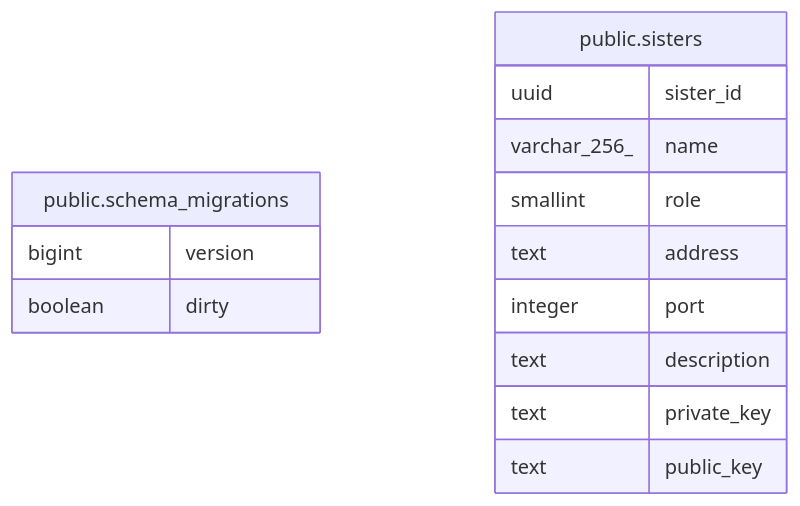
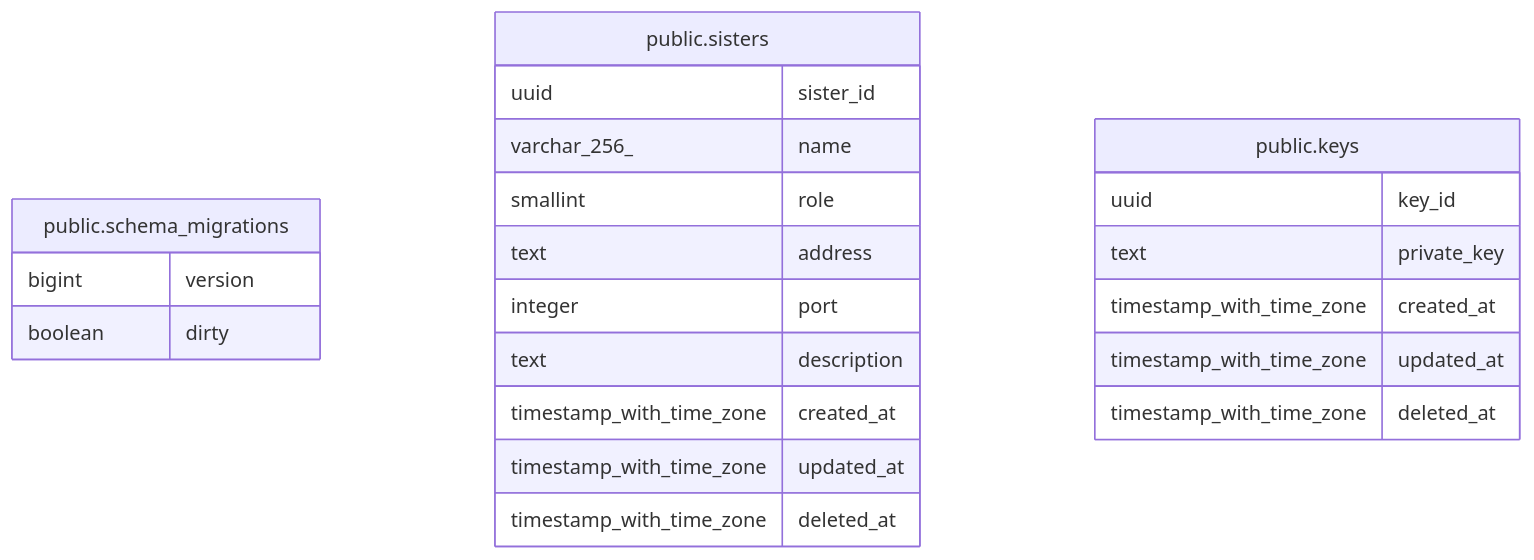
The diagram in docs/dbschema/README.md (radio-noise-project/last-order), drawn with Mermaid before and after one commit. The commit also changed other lines of this file and 3 other files, not shown here.

````diff
--- a/docs/dbschema/README.md
+++ b/docs/dbschema/README.md
@@ -16,19 +17,27 @@
 ```mermaid
 erDiagram
 
 
 "public.schema_migrations" {
   bigint version
   boolean dirty
 }
 "public.sisters" {
   uuid sister_id
   varchar_256_ name
   smallint role
   text address
   integer port
   text description
+  timestamp_with_time_zone created_at
+  timestamp_with_time_zone updated_at
+  timestamp_with_time_zone deleted_at
+}
+"public.keys" {
+  uuid key_id
   text private_key
-  text public_key
+  timestamp_with_time_zone created_at
+  timestamp_with_time_zone updated_at
+  timestamp_with_time_zone deleted_at
 }
 ```
````
